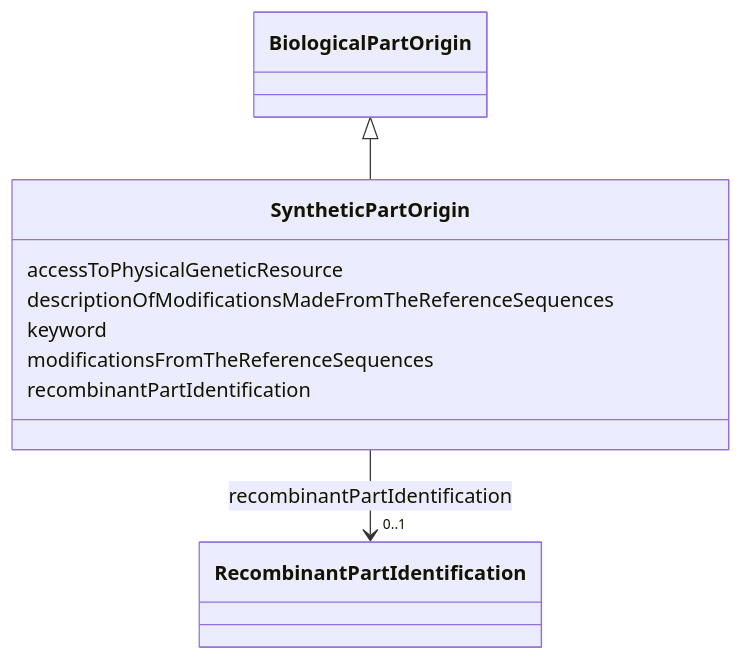
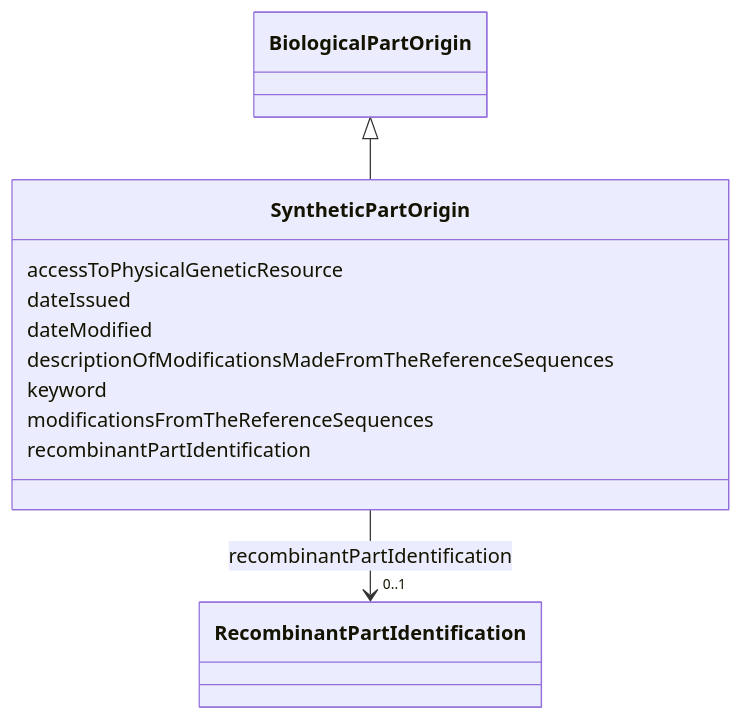
One commit to EVORA-project/evora-ontology changed the diagram in models/docs/SyntheticPartOrigin.md. Above: the diagram before and after it, drawn with Mermaid. The commit also changed other lines of this file and 377 other files, not shown here.

````diff
--- a/models/docs/SyntheticPartOrigin.md
+++ b/models/docs/SyntheticPartOrigin.md
@@ -19,26 +19,30 @@
 ```mermaid
  classDiagram
     class SyntheticPartOrigin
     click SyntheticPartOrigin href "../SyntheticPartOrigin"
       BiologicalPartOrigin <|-- SyntheticPartOrigin
         click BiologicalPartOrigin href "../BiologicalPartOrigin"
       
       SyntheticPartOrigin : accessToPhysicalGeneticResource
+        
+      SyntheticPartOrigin : dateIssued
+        
+      SyntheticPartOrigin : dateModified
         
       SyntheticPartOrigin : descriptionOfModificationsMadeFromTheReferenceSequences
         
       SyntheticPartOrigin : keyword
         
       SyntheticPartOrigin : modificationsFromTheReferenceSequences
         
       SyntheticPartOrigin : recombinantPartIdentification
         
           
     
     
     SyntheticPartOrigin --> "0..1" RecombinantPartIdentification : recombinantPartIdentification
     click RecombinantPartIdentification href "../RecombinantPartIdentification"
 
         
       
 ```
````
